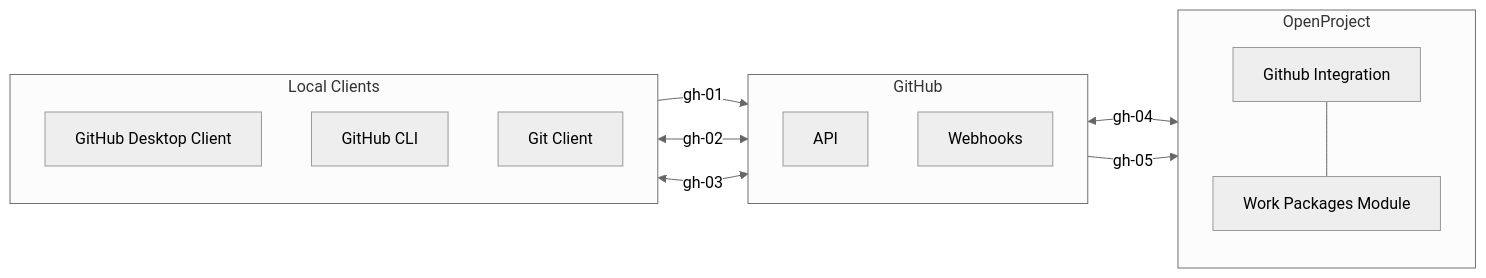
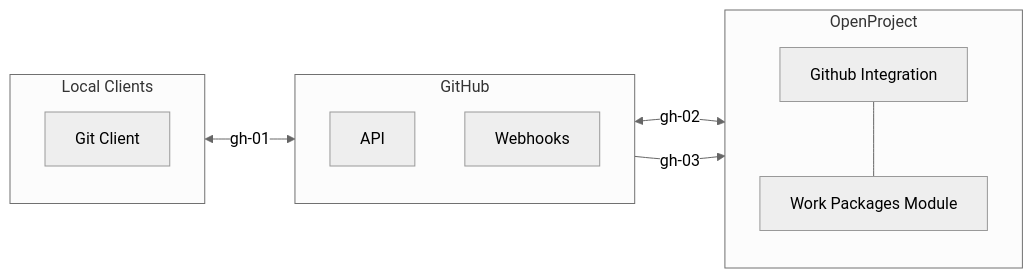
Before and after one commit to opf/openproject: the sixth of 6 diagrams in docs/development/data-flow/README.md, drawn with Mermaid. The commit also changed other lines of this file, not shown here.

````diff
--- a/docs/development/data-flow/README.md
+++ b/docs/development/data-flow/README.md
@@ -384,30 +389,26 @@
 ```mermaid
 %%{init: {'theme':'neutral'}}%%
 flowchart LR
-	githubdesktopclient -->|gh-01| githubapi
-	githubcli <-->|gh-02| githubapi
-	gitclient <-->|gh-03| githubapi
-	githubapi <-->|gh-04| opgithubintegration
-	githubwebhooks -->|gh-05| opgithubintegration
+	gitclient <-->|gh-01| githubapi
+	githubapi <-->|gh-02| opgithubintegration
+	githubwebhooks -->|gh-03| opgithubintegration
 
   subgraph GitHub
    direction TB
   	githubapi[API]
 	githubwebhooks[Webhooks]
 
 	end
 	
 	subgraph localclients[Local Clients]
    direction TB
-  	githubdesktopclient[GitHub Desktop Client]
-  	githubcli[GitHub CLI]
   	gitclient[Git Client]
 	end
 
   subgraph openproject[OpenProject]
    direction TB
   	opgithubintegration[Github Integration] --- workpackagesmodule[Work Packages Module]
 	end
   
   
 ```
````
